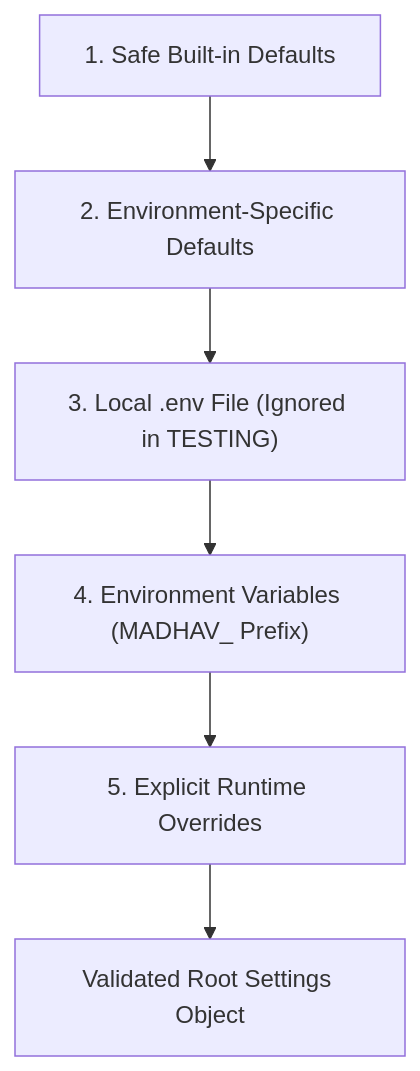
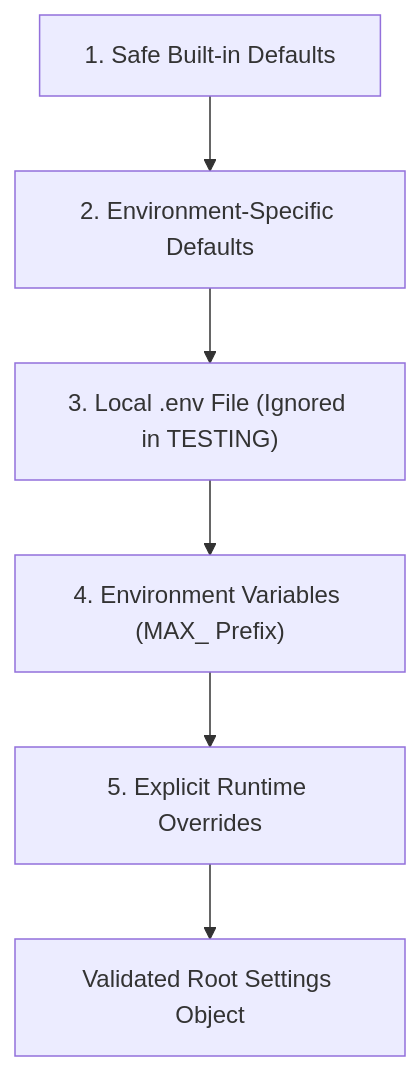
The first of 2 diagrams in docs/architecture/module-02-configuration.md (KoramYashwanthReddy/Madhav), drawn with Mermaid before and after one commit. The commit also changed other lines of this file and 713 other files, not shown here.

Commit message:
refactor(identity): rename Madhav to Max

````diff
--- a/docs/architecture/module-02-configuration.md
+++ b/docs/architecture/module-02-configuration.md
@@ -40,8 +40,8 @@
 ```mermaid
 graph TD
     Defaults["1. Safe Built-in Defaults"] --> EnvDefaults["2. Environment-Specific Defaults"]
     EnvDefaults --> EnvFile["3. Local .env File (Ignored in TESTING)"]
-    EnvFile --> EnvVars["4. Environment Variables (MADHAV_ Prefix)"]
+    EnvFile --> EnvVars["4. Environment Variables (MAX_ Prefix)"]
     EnvVars --> Overrides["5. Explicit Runtime Overrides"]
     Overrides --> SettingsInstance["Validated Root Settings Object"]
 ```
````
